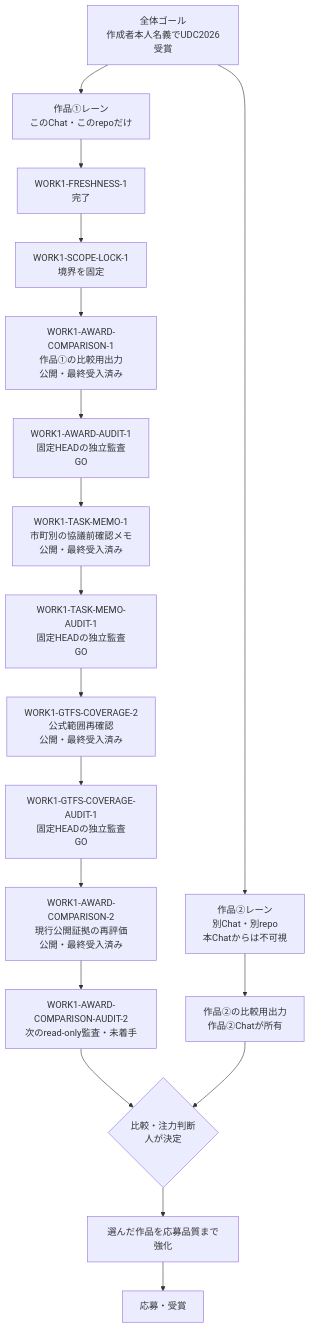
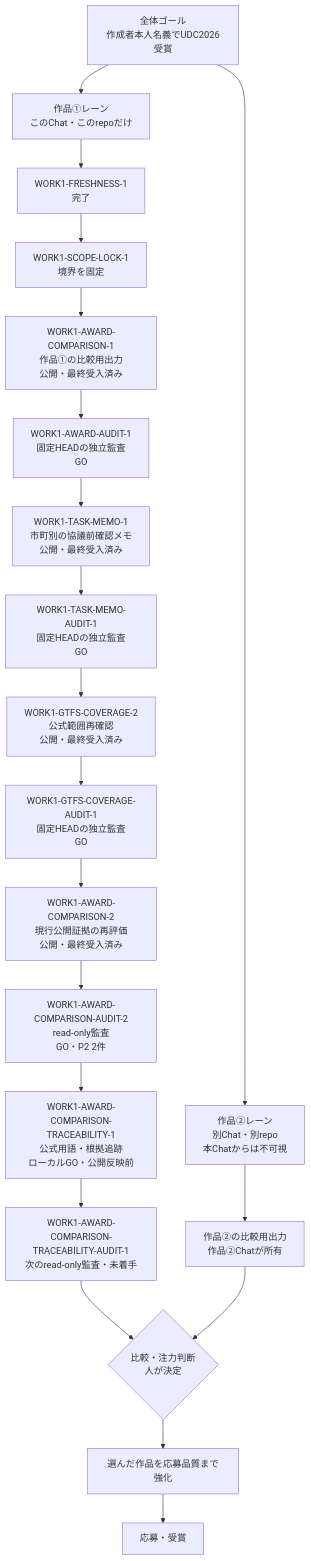
Before and after one commit to yyy-yuichi/yamaguchi-yusho-data: the diagram in WORK_SCOPE.md, drawn with Mermaid. The commit also changed other lines of this file and 9 other files, not shown here.

Commit message:
Fix award comparison traceability

````diff
--- a/WORK_SCOPE.md
+++ b/WORK_SCOPE.md
@@ -20,26 +20,28 @@
 ```mermaid
 flowchart TD
     G["全体ゴール<br/>作成者本人名義でUDC2026受賞"]
     W1["作品①レーン<br/>このChat・このrepoだけ"]
     W2["作品②レーン<br/>別Chat・別repo<br/>本Chatからは不可視"]
     F["WORK1-FRESHNESS-1<br/>完了"]
     L["WORK1-SCOPE-LOCK-1<br/>境界を固定"]
     C1["WORK1-AWARD-COMPARISON-1<br/>作品①の比較用出力<br/>公開・最終受入済み"]
     A1["WORK1-AWARD-AUDIT-1<br/>固定HEADの独立監査<br/>GO"]
     M1["WORK1-TASK-MEMO-1<br/>市町別の協議前確認メモ<br/>公開・最終受入済み"]
     A2["WORK1-TASK-MEMO-AUDIT-1<br/>固定HEADの独立監査<br/>GO"]
     V1["WORK1-GTFS-COVERAGE-2<br/>公式範囲再確認<br/>公開・最終受入済み"]
     V2["WORK1-GTFS-COVERAGE-AUDIT-1<br/>固定HEADの独立監査<br/>GO"]
     C3["WORK1-AWARD-COMPARISON-2<br/>現行公開証拠の再評価<br/>公開・最終受入済み"]
-    C4["WORK1-AWARD-COMPARISON-AUDIT-2<br/>次のread-only監査・未着手"]
+    C4["WORK1-AWARD-COMPARISON-AUDIT-2<br/>read-only監査<br/>GO・P2 2件"]
+    T1["WORK1-AWARD-COMPARISON-TRACEABILITY-1<br/>公式用語・根拠追跡<br/>ローカルGO・公開反映前"]
+    T2["WORK1-AWARD-COMPARISON-TRACEABILITY-AUDIT-1<br/>次のread-only監査・未着手"]
     C2["作品②の比較用出力<br/>作品②Chatが所有"]
     D{"比較・注力判断<br/>人が決定"}
     S["選んだ作品を応募品質まで強化"]
     A["応募・受賞"]
 
     G --> W1
     G --> W2
-    W1 --> F --> L --> C1 --> A1 --> M1 --> A2 --> V1 --> V2 --> C3 --> C4 --> D
+    W1 --> F --> L --> C1 --> A1 --> M1 --> A2 --> V1 --> V2 --> C3 --> C4 --> T1 --> T2 --> D
     W2 --> C2 --> D
     D --> S --> A
 ```
````
